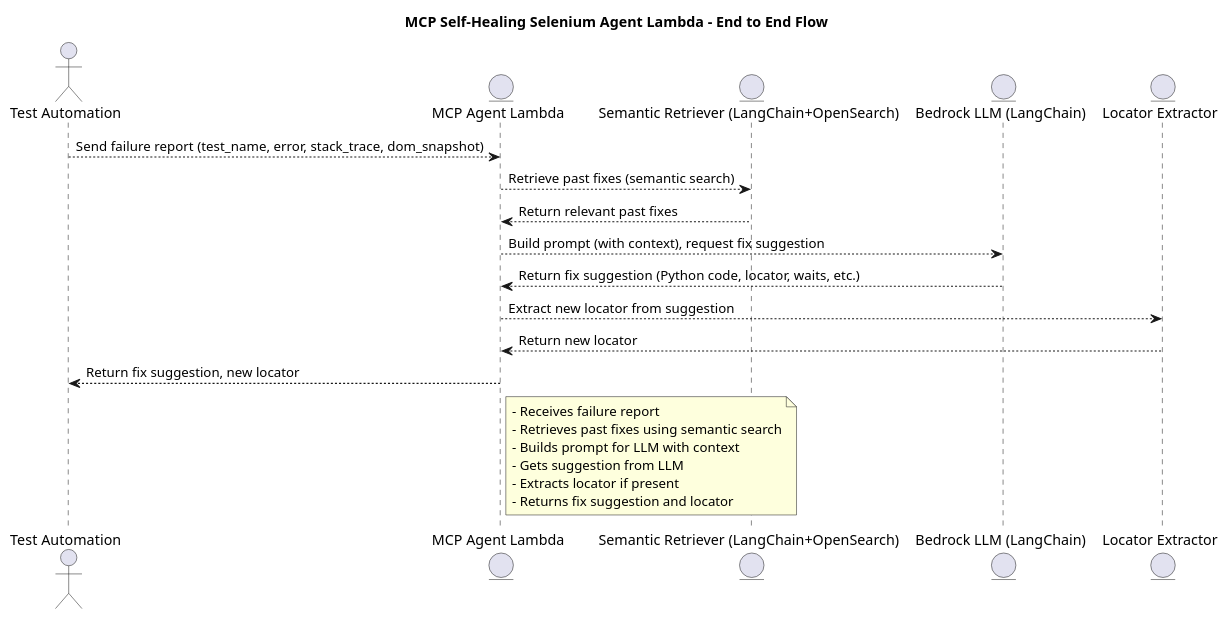
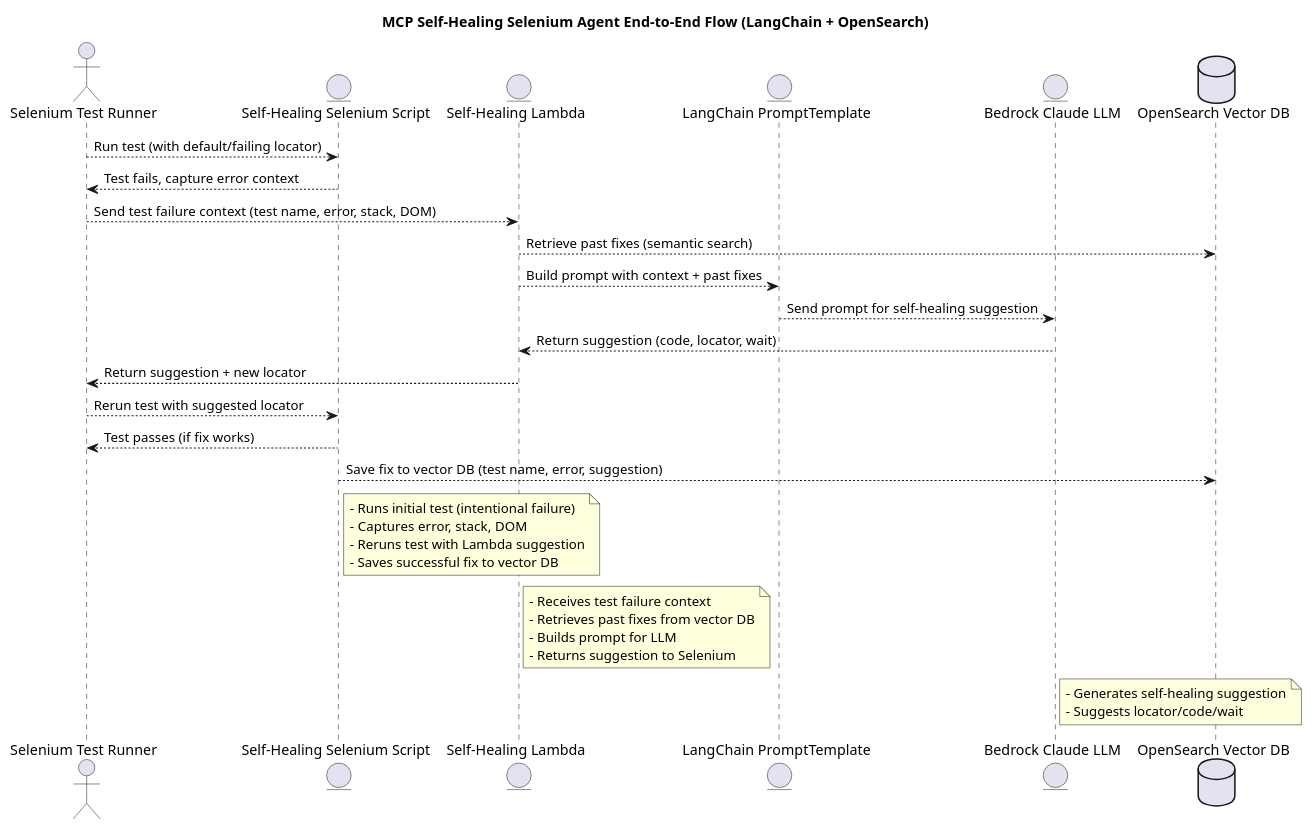
The diagram in mcp_self_healing_agent/PUML Diagrams/mcp_agent_lambda.puml (pavanchanduri/RAGChatbot), drawn with PlantUML before and after one commit. The commit also changed 1 other file, not shown here.

Commit message:
Modified Self healing agent

```diff
--- a/mcp_self_healing_agent/PUML Diagrams/mcp_agent_lambda.puml
+++ b/mcp_self_healing_agent/PUML Diagrams/mcp_agent_lambda.puml
@@ -1,29 +1,50 @@
-@startuml MCPAgentLambdaE2E
-title MCP Self-Healing Selenium Agent Lambda - End to End Flow
+@startuml mcp_agent_lambda
+' MCP Self-Healing Selenium Agent End-to-End Flow (LangChain + OpenSearch)
 
+title MCP Self-Healing Selenium Agent End-to-End Flow (LangChain + OpenSearch)
 
-actor "Test Automation" as TestRunner
-entity "MCP Agent Lambda" as Lambda
-entity "Semantic Retriever (LangChain+OpenSearch)" as Retriever
-entity "Bedrock LLM (LangChain)" as LLM
-entity "Locator Extractor" as LocatorExtract
+actor "Selenium Test Runner" as Selenium
+entity "Self-Healing Selenium Script" as Script
+entity "Self-Healing Lambda" as Lambda
+entity "LangChain PromptTemplate" as PromptTemplate
+entity "Bedrock Claude LLM" as Claude
 
-TestRunner --> Lambda : Send failure report (test_name, error, stack_trace, dom_snapshot)
-Lambda --> Retriever : Retrieve past fixes (semantic search)
-Retriever --> Lambda : Return relevant past fixes
-Lambda --> LLM : Build prompt (with context), request fix suggestion
-LLM --> Lambda : Return fix suggestion (Python code, locator, waits, etc.)
-Lambda --> LocatorExtract : Extract new locator from suggestion
-LocatorExtract --> Lambda : Return new locator
-Lambda --> TestRunner : Return fix suggestion, new locator
+database "OpenSearch Vector DB" as OS
+
+'--- Initial Test Run ---
+Selenium --> Script : Run test (with default/failing locator)
+Script --> Selenium : Test fails, capture error context
+
+'--- Lambda Invocation ---
+Selenium --> Lambda : Send test failure context (test name, error, stack, DOM)
+Lambda --> OS : Retrieve past fixes (semantic search)
+Lambda --> PromptTemplate : Build prompt with context + past fixes
+PromptTemplate --> Claude : Send prompt for self-healing suggestion
+Claude --> Lambda : Return suggestion (code, locator, wait)
+Lambda --> Selenium : Return suggestion + new locator
+
+'--- Rerun and Save Fix ---
+Selenium --> Script : Rerun test with suggested locator
+Script --> Selenium : Test passes (if fix works)
+Script --> OS : Save fix to vector DB (test name, error, suggestion)
+
+note right of Script
+- Runs initial test (intentional failure)
+- Captures error, stack, DOM
+- Reruns test with Lambda suggestion
+- Saves successful fix to vector DB
+end note
 
 note right of Lambda
-- Receives failure report
-- Retrieves past fixes using semantic search
-- Builds prompt for LLM with context
-- Gets suggestion from LLM
-- Extracts locator if present
-- Returns fix suggestion and locator
+- Receives test failure context
+- Retrieves past fixes from vector DB
+- Builds prompt for LLM
+- Returns suggestion to Selenium
+end note
+
+note right of Claude
+- Generates self-healing suggestion
+- Suggests locator/code/wait
 end note
 
 @enduml
```
